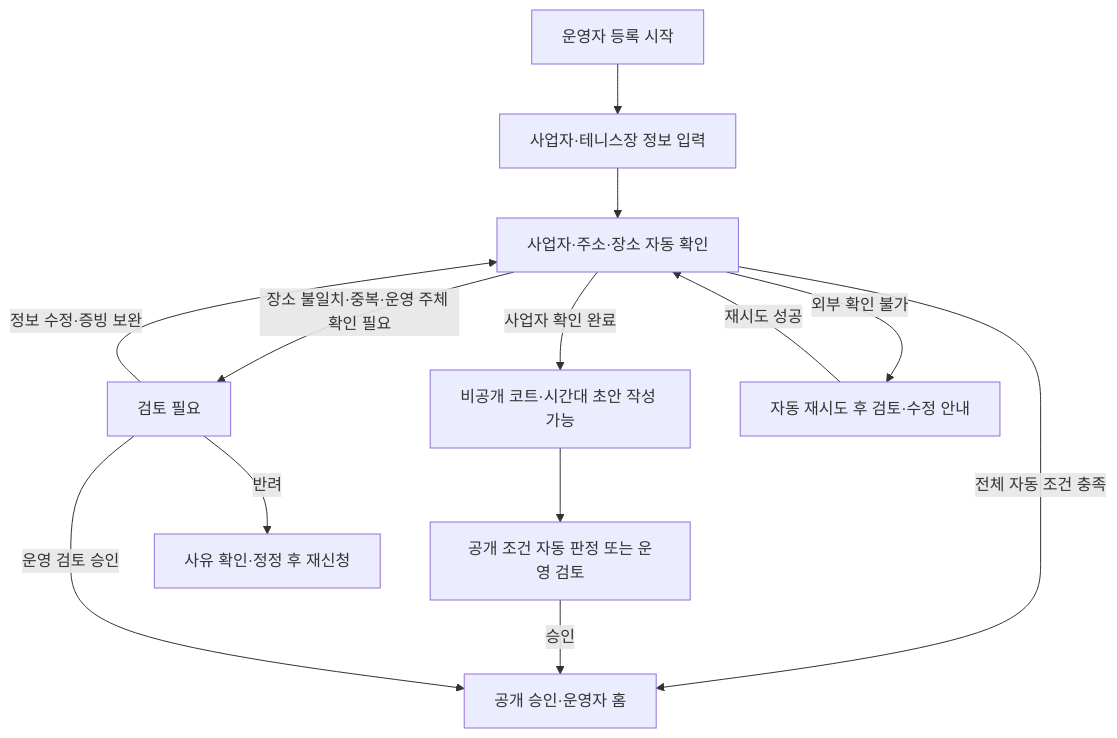
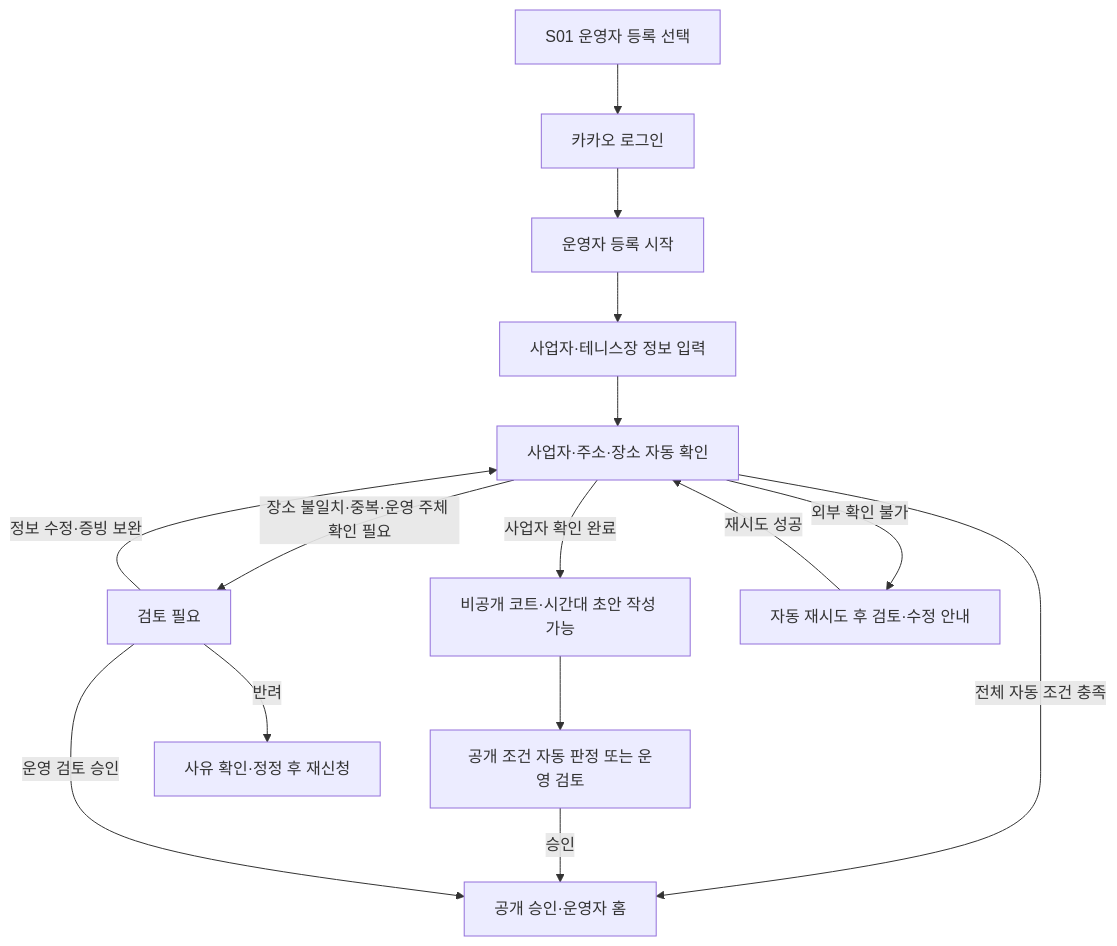
The first of 3 diagrams in docs/03-1-court-partner-screen-spec.md (jsl0319/tennis-mate), drawn with Mermaid before and after one commit. The commit also changed other lines of this file and 10 other files, not shown here.

Commit message:
feat: add role-aware entry flow

````diff
--- a/docs/03-1-court-partner-screen-spec.md
+++ b/docs/03-1-court-partner-screen-spec.md
@@ -149,15 +153,17 @@
 ```mermaid
 flowchart TD
-    A["운영자 등록 시작"] --> B["사업자·테니스장 정보 입력"]
-    B --> C["사업자·주소·장소 자동 확인"]
-    C -->|사업자 확인 완료| D["비공개 코트·시간대 초안 작성 가능"]
-    C -->|전체 자동 조건 충족| F["공개 승인·운영자 홈"]
-    C -->|장소 불일치·중복·운영 주체 확인 필요| E["검토 필요"]
-    C -->|외부 확인 불가| H["자동 재시도 후 검토·수정 안내"]
-    D --> I["공개 조건 자동 판정 또는 운영 검토"]
-    I -->|승인| F
-    E -->|정보 수정·증빙 보완| C
-    E -->|운영 검토 승인| F
-    E -->|반려| G["사유 확인·정정 후 재신청"]
-    H -->|재시도 성공| C
+    A["S01 운영자 등록 선택"] --> B["카카오 로그인"]
+    B --> C["운영자 등록 시작"]
+    C --> D["사업자·테니스장 정보 입력"]
+    D --> E["사업자·주소·장소 자동 확인"]
+    E -->|사업자 확인 완료| F["비공개 코트·시간대 초안 작성 가능"]
+    E -->|전체 자동 조건 충족| H["공개 승인·운영자 홈"]
+    E -->|장소 불일치·중복·운영 주체 확인 필요| G["검토 필요"]
+    E -->|외부 확인 불가| I["자동 재시도 후 검토·수정 안내"]
+    F --> J["공개 조건 자동 판정 또는 운영 검토"]
+    J -->|승인| H
+    G -->|정보 수정·증빙 보완| E
+    G -->|운영 검토 승인| H
+    G -->|반려| K["사유 확인·정정 후 재신청"]
+    I -->|재시도 성공| E
 ```
````
